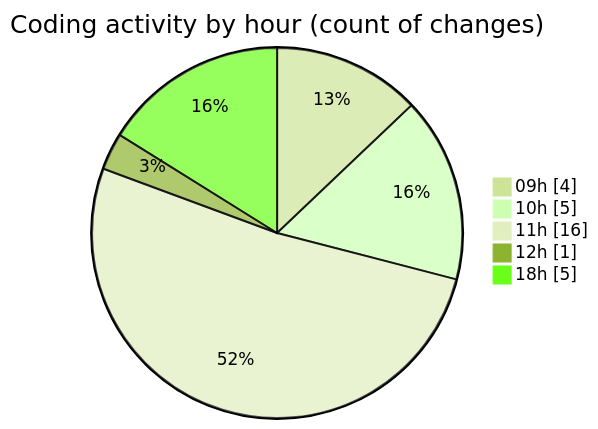
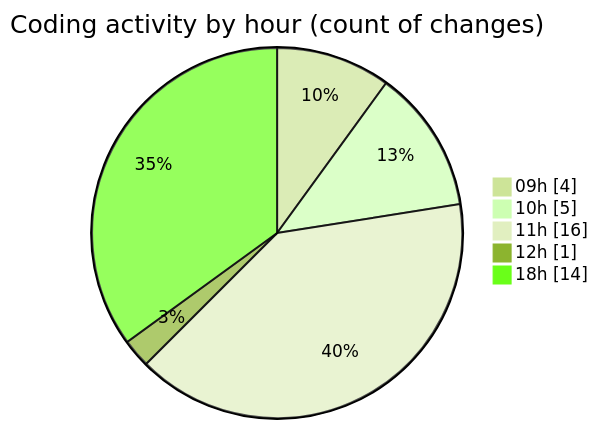
The second of 2 diagrams in 2025-04-28/cda/README.md (momahboobian/code-tracking), drawn with Mermaid (forest theme) before and after one commit. The commit also changed other lines of this file and 1 other file, not shown here.

````diff
--- a/2025-04-28/cda/README.md
+++ b/2025-04-28/cda/README.md
@@ -45,9 +45,9 @@
 ```mermaid
 pie showData
 title Coding activity by hour (count of changes)
 "09h" : 4
 "10h" : 5
 "11h" : 16
 "12h" : 1
-"18h" : 5
+"18h" : 14
 ```
````
